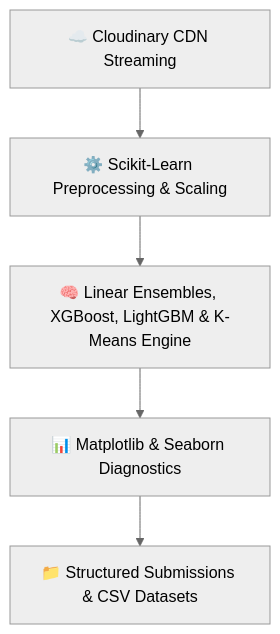
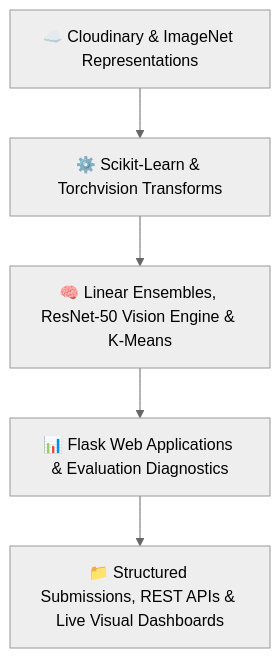
Before and after one commit to Hix-001/Machine-Learning: the diagram in README.md, drawn with Mermaid (neutral theme). The commit also changed other lines of this file and 7 other files, not shown here.

Commit message:
feat(task-03): implement pre-trained ResNet-50 cat vs dog vision classifier and interactive Flask web application

````diff
--- a/README.md
+++ b/README.md
@@ -102,7 +109,7 @@
 ```mermaid
 graph TD
-    Data[☁️ Cloudinary CDN Streaming] --> Preprocessing[⚙️ Scikit-Learn Preprocessing & Scaling]
-    Preprocessing --> Modeling[🧠 Linear Ensembles, XGBoost, LightGBM & K-Means Engine]
-    Modeling --> Diagnostics[📊 Matplotlib & Seaborn Diagnostics]
-    Diagnostics --> Output[📁 Structured Submissions & CSV Datasets]
+    Data[☁️ Cloudinary & ImageNet Representations] --> Preprocessing[⚙️ Scikit-Learn & Torchvision Transforms]
+    Preprocessing --> Modeling[🧠 Linear Ensembles, ResNet-50 Vision Engine & K-Means]
+    Modeling --> Diagnostics[📊 Flask Web Applications & Evaluation Diagnostics]
+    Diagnostics --> Output[📁 Structured Submissions, REST APIs & Live Visual Dashboards]
 ```
````
